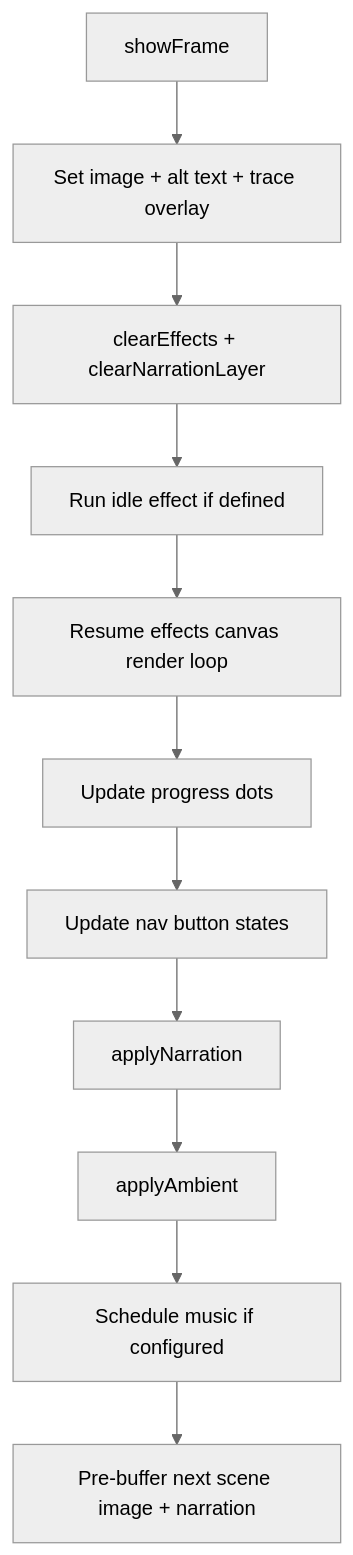
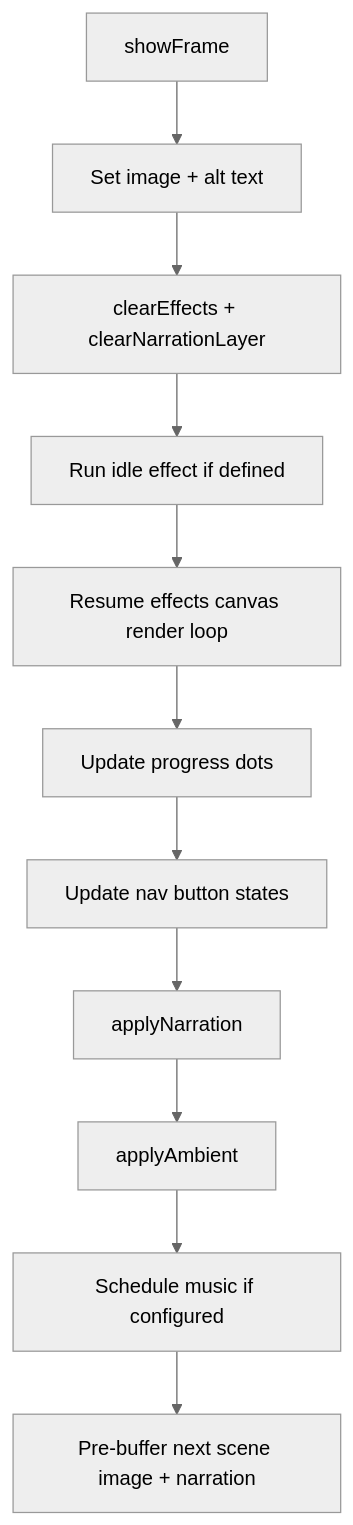
One commit to anchildress1/carbon-trace changed the third of 4 diagrams in docs/architecture.md. Above: the diagram before and after it, drawn with Mermaid (neutral theme). The commit also changed other lines of this file and 58 other files, not shown here.

````diff
--- a/docs/architecture.md
+++ b/docs/architecture.md
@@ -46,13 +47,13 @@
 ```mermaid
 flowchart TD
-    A[showFrame] --> C[Set image + alt text + trace overlay]
+    A[showFrame] --> C[Set image + alt text]
     C --> D[clearEffects + clearNarrationLayer]
     D --> E[Run idle effect if defined]
     E --> E2[Resume effects canvas render loop]
     E2 --> F[Update progress dots]
     F --> G[Update nav button states]
     G --> H[applyNarration]
     H --> I[applyAmbient]
     I --> J[Schedule music if configured]
     J --> L[Pre-buffer next scene image + narration]
 ```
````
